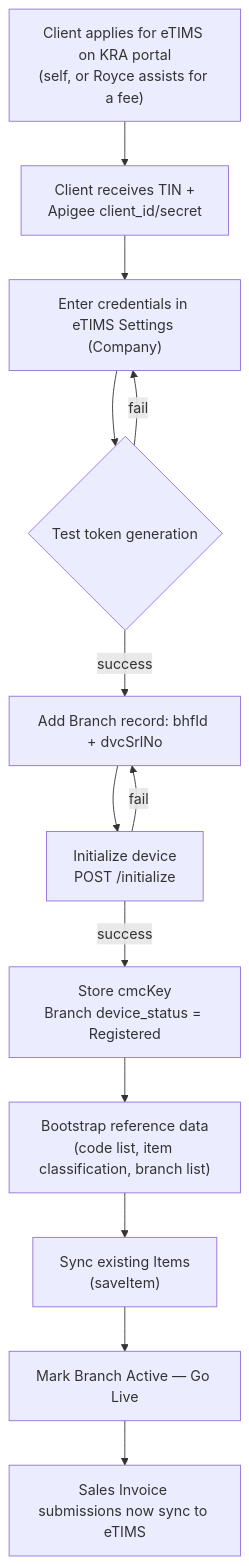
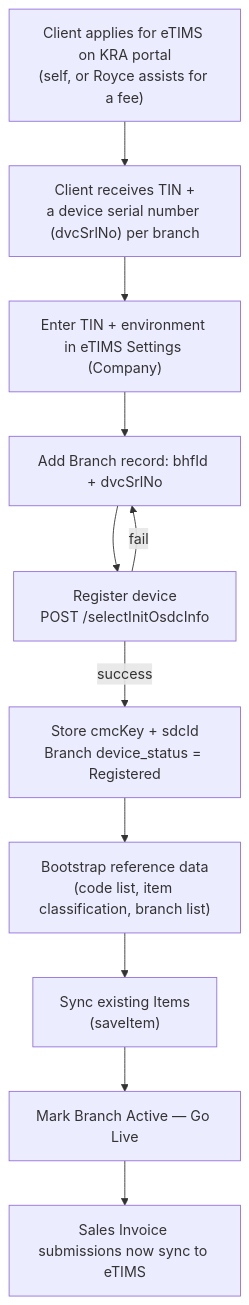
Before and after one commit to royceltd/en_royce_etims: the third of 4 diagrams in docs/architecture.md, drawn with Mermaid. The commit also changed other lines of this file and 14 other files, not shown here.

````diff
--- a/docs/architecture.md
+++ b/docs/architecture.md
@@ -139,15 +196,13 @@
 ```mermaid
 flowchart TD
-    A["Client applies for eTIMS on KRA portal\n(self, or Royce assists for a fee)"] --> B["Client receives TIN +\nApigee client_id/secret"]
-    B --> C["Enter credentials in eTIMS Settings (Company)"]
-    C --> D{"Test token generation"}
-    D -- fail --> C
-    D -- success --> E["Add Branch record: bhfId + dvcSrlNo"]
-    E --> F["Initialize device\nPOST /initialize"]
-    F -- fail --> E
-    F -- success --> G["Store cmcKey\nBranch device_status = Registered"]
-    G --> H["Bootstrap reference data\n(code list, item classification, branch list)"]
-    H --> I["Sync existing Items\n(saveItem)"]
-    I --> J["Mark Branch Active — Go Live"]
-    J --> K["Sales Invoice submissions now sync to eTIMS"]
+    A["Client applies for eTIMS on KRA portal\n(self, or Royce assists for a fee)"] --> B["Client receives TIN +\na device serial number (dvcSrlNo) per branch"]
+    B --> C["Enter TIN + environment in eTIMS Settings (Company)"]
+    C --> D["Add Branch record: bhfId + dvcSrlNo"]
+    D --> E["Register device\nPOST /selectInitOsdcInfo"]
+    E -- fail --> D
+    E -- success --> F["Store cmcKey + sdcId\nBranch device_status = Registered"]
+    F --> G["Bootstrap reference data\n(code list, item classification, branch list)"]
+    G --> H["Sync existing Items\n(saveItem)"]
+    H --> I["Mark Branch Active — Go Live"]
+    I --> J["Sales Invoice submissions now sync to eTIMS"]
 ```
````
